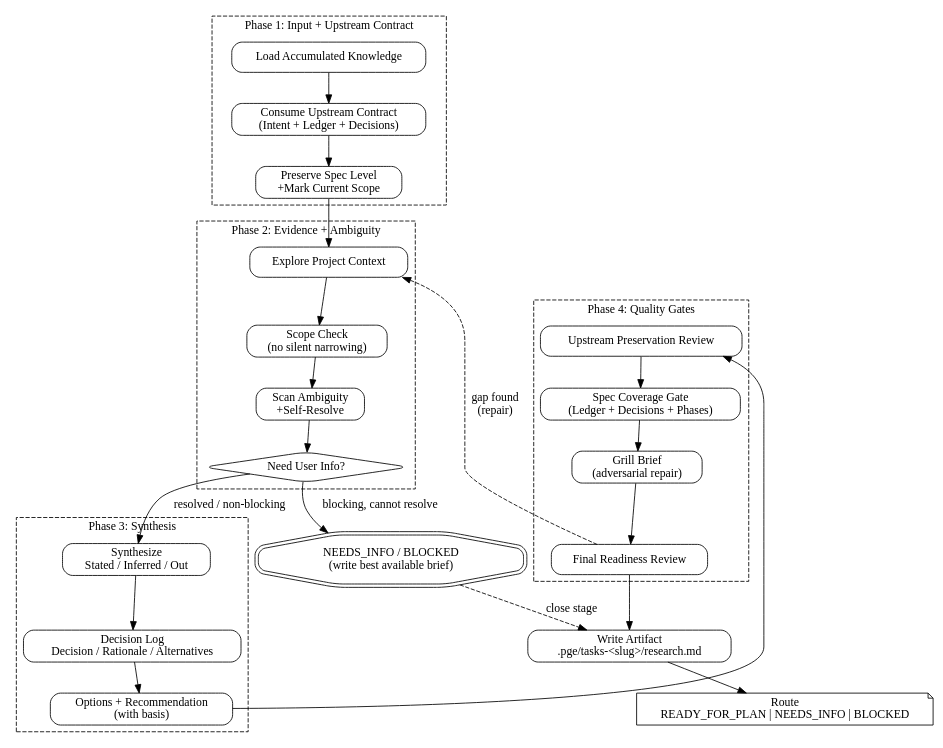
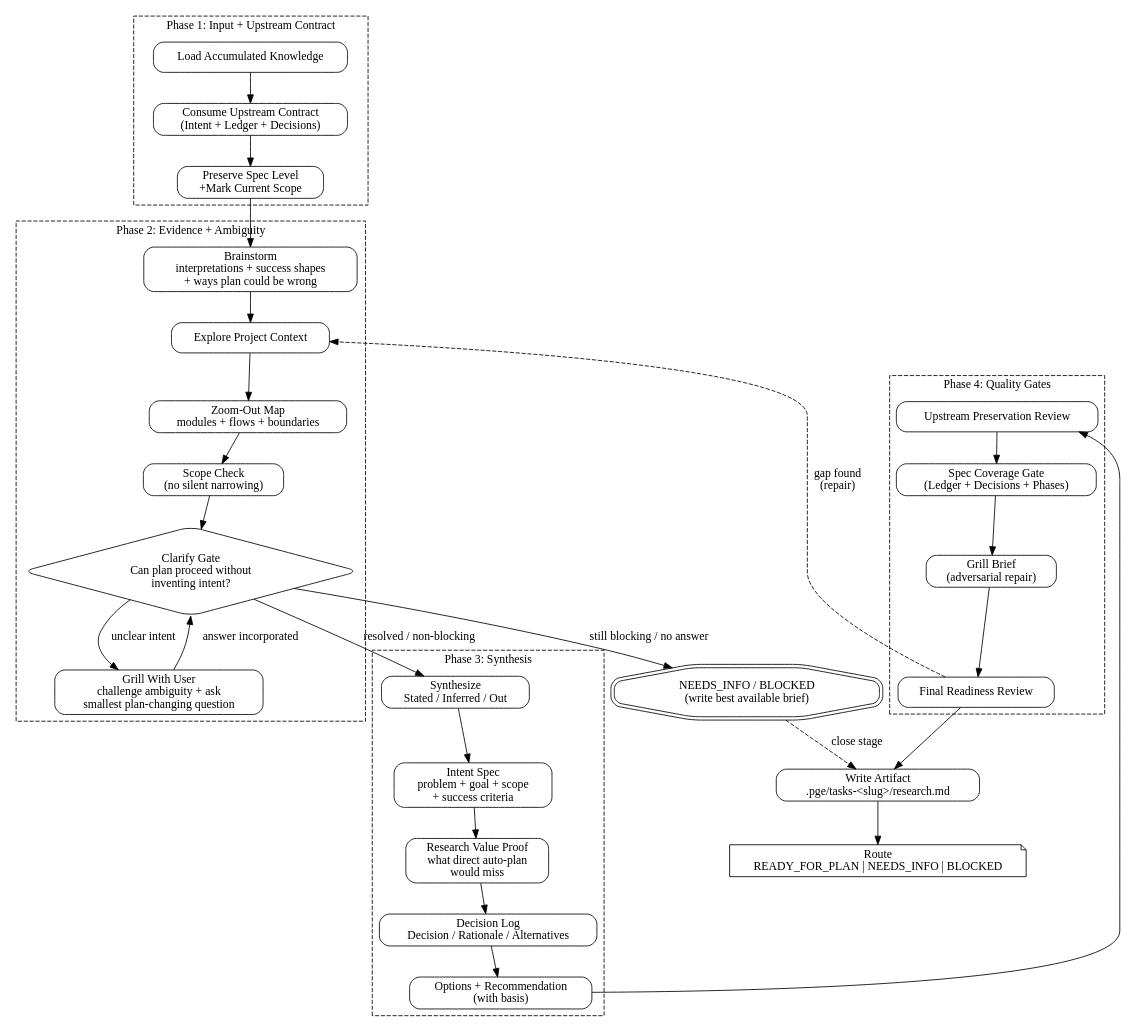
Before and after one commit to feng-y/pge: the diagram in skills/pge-research/SKILL.md, drawn with Graphviz. The commit also changed other lines of this file and 8 other files, not shown here.

````diff
--- a/skills/pge-research/SKILL.md
+++ b/skills/pge-research/SKILL.md
@@ -34,57 +63,63 @@
 ```dot
 digraph pge_research {
   rankdir=TB;
   node [shape=box, style=rounded];
 
   subgraph cluster_phase1 {
     label="Phase 1: Input + Upstream Contract";
     style=dashed;
     load_knowledge [label="Load Accumulated Knowledge"];
     consume_upstream [label="Consume Upstream Contract\n(Intent + Ledger + Decisions)"];
     preserve_spec [label="Preserve Spec Level\n+Mark Current Scope"];
     load_knowledge -> consume_upstream -> preserve_spec;
   }
 
   subgraph cluster_phase2 {
     label="Phase 2: Evidence + Ambiguity";
     style=dashed;
+    intent_brainstorm [label="Brainstorm\ninterpretations + success shapes\n+ ways plan could be wrong"];
     explore_context [label="Explore Project Context"];
+    zoom_out [label="Zoom-Out Map\nmodules + flows + boundaries"];
     scope_check [label="Scope Check\n(no silent narrowing)"];
-    ambiguity_scan [label="Scan Ambiguity\n+Self-Resolve"];
-    ask_gate [label="Need User Info?", shape=diamond];
-    explore_context -> scope_check -> ambiguity_scan -> ask_gate;
+    clarify_gate [label="Clarify Gate\nCan plan proceed without\ninventing intent?", shape=diamond];
+    grill_user [label="Grill With User\nchallenge ambiguity + ask\nsmallest plan-changing question"];
+    intent_brainstorm -> explore_context -> zoom_out -> scope_check -> clarify_gate;
   }
 
   needs_info [label="NEEDS_INFO / BLOCKED\n(write best available brief)", shape=doubleoctagon];
-  ask_gate -> needs_info [label="blocking, cannot resolve"];
+  clarify_gate -> grill_user [label="unclear intent"];
+  grill_user -> clarify_gate [label="answer incorporated"];
+  clarify_gate -> needs_info [label="still blocking / no answer"];
 
   subgraph cluster_phase3 {
     label="Phase 3: Synthesis";
     style=dashed;
     synthesize [label="Synthesize\nStated / Inferred / Out"];
+    intent_spec [label="Intent Spec\nproblem + goal + scope\n+ success criteria"];
+    value_proof [label="Research Value Proof\nwhat direct auto-plan\nwould miss"];
     decisions [label="Decision Log\nDecision / Rationale / Alternatives"];
     options [label="Options + Recommendation\n(with basis)"];
-    synthesize -> decisions -> options;
+    synthesize -> intent_spec -> value_proof -> decisions -> options;
   }
 
   subgraph cluster_phase4 {
     label="Phase 4: Quality Gates";
     style=dashed;
     preservation [label="Upstream Preservation Review"];
     coverage [label="Spec Coverage Gate\n(Ledger + Decisions + Phases)"];
     grill [label="Grill Brief\n(adversarial repair)"];
     readiness [label="Final Readiness Review"];
     preservation -> coverage -> grill -> readiness;
   }
 
   write_artifact [label="Write Artifact\n.pge/tasks-<slug>/research.md"];
   route [label="Route\nREADY_FOR_PLAN | NEEDS_INFO | BLOCKED", shape=note];
 
-  preserve_spec -> explore_context;
-  ask_gate -> synthesize [label="resolved / non-blocking"];
+  preserve_spec -> intent_brainstorm;
+  clarify_gate -> synthesize [label="resolved / non-blocking"];
   needs_info -> write_artifact [label="close stage", style=dashed];
   options -> preservation;
   readiness -> write_artifact -> route;
   readiness -> explore_context [label="gap found\n(repair)", style=dashed];
 }
 ```
````
